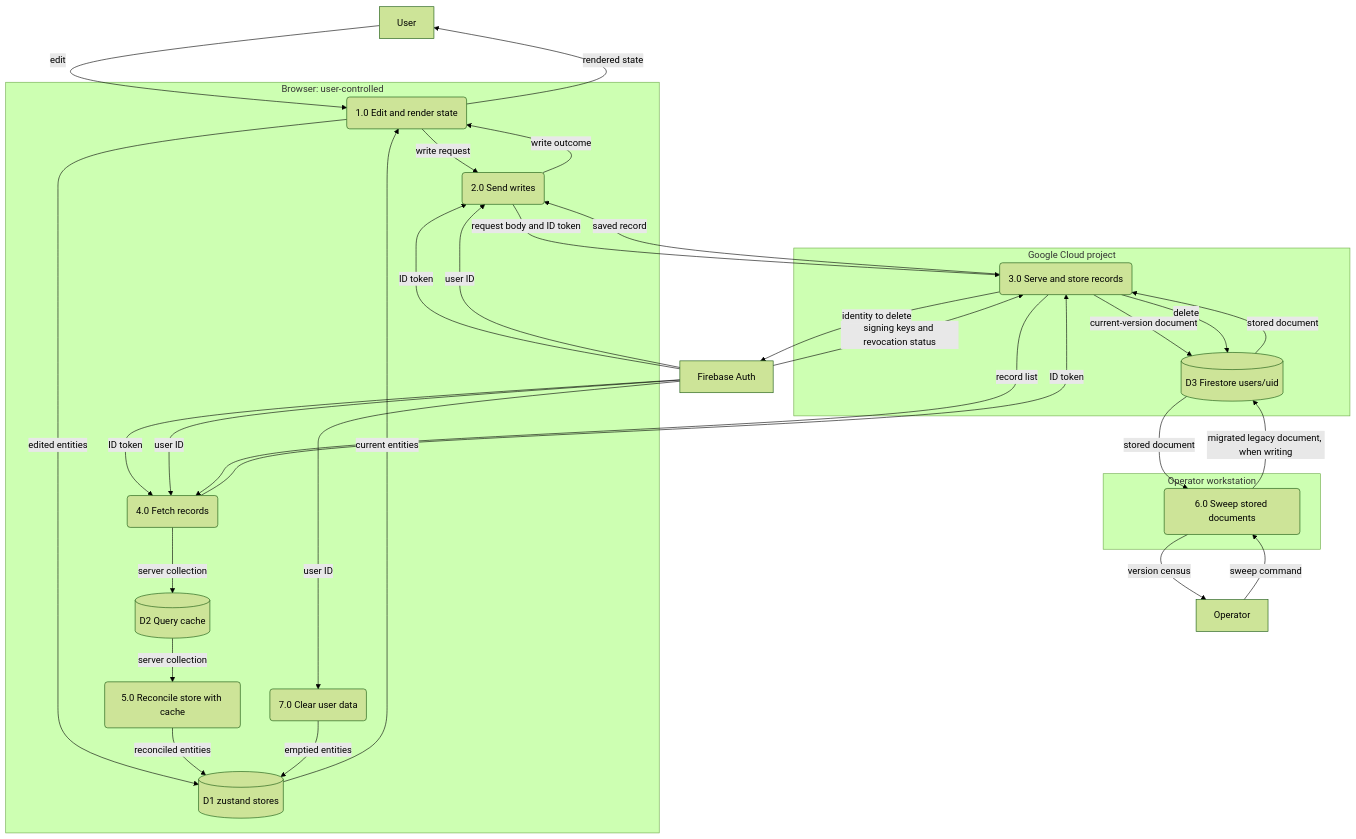
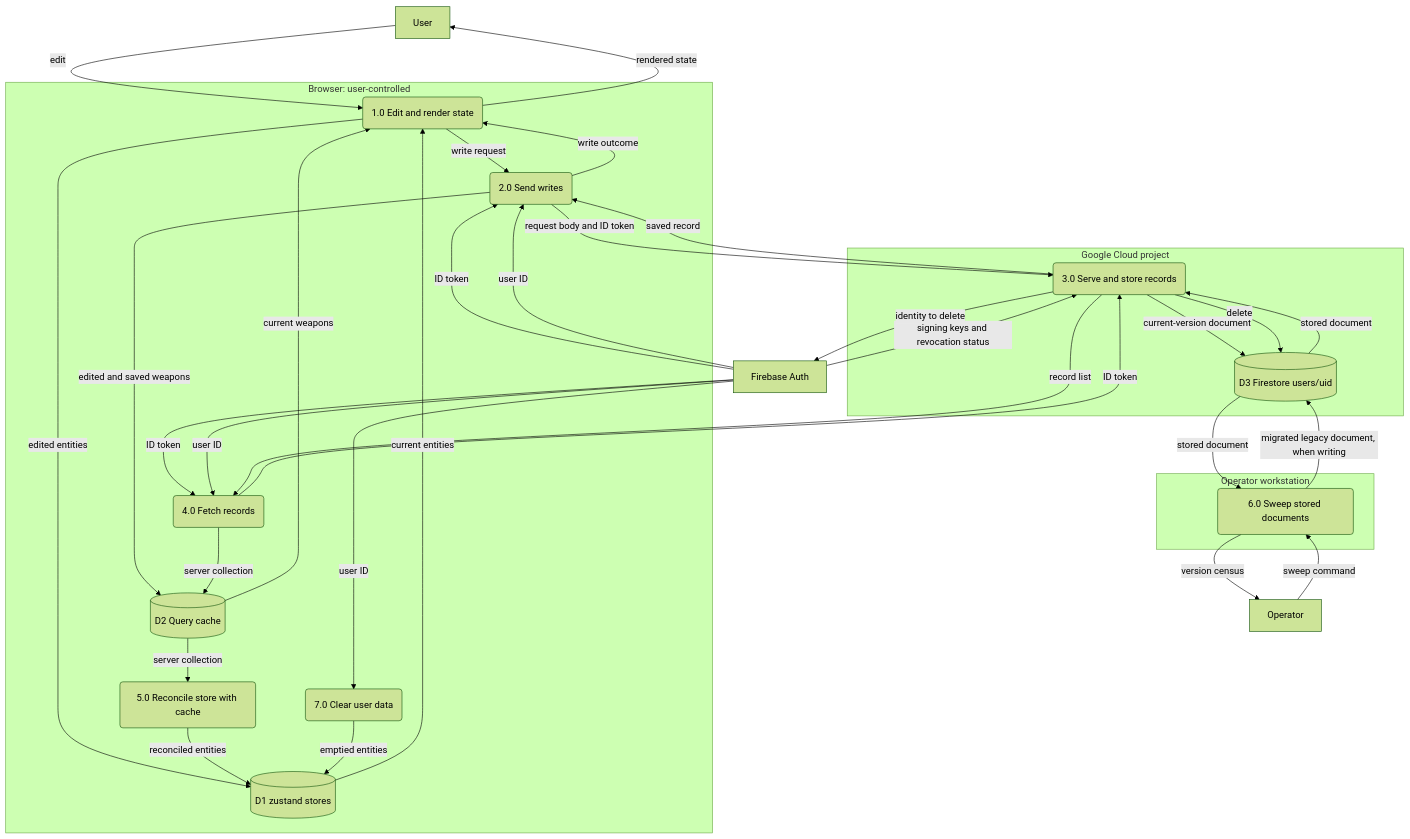
Before and after one commit to dungeon-studio/genshin.dungeon.studio: the second of 2 diagrams in docs/reference/data-flow.md, drawn with Mermaid (forest theme). The commit also changed other lines of this file and 20 other files, not shown here.

First line of the commit message:
refactor(web): keep weapons in the query cache (#2004)

````diff
--- a/docs/reference/data-flow.md
+++ b/docs/reference/data-flow.md
@@ -64,60 +64,62 @@
 ```mermaid
 flowchart TB
   user[User]
   firebaseAuth[Firebase Auth]
   operator[Operator]
 
   subgraph browser[Browser: user-controlled]
     edit(1.0 Edit and render state)
     send(2.0 Send writes)
     fetch(4.0 Fetch records)
     reconcile(5.0 Reconcile store with cache)
     clearUserData(7.0 Clear user data)
     store[(D1 zustand stores)]
     cache[(D2 Query cache)]
   end
 
   subgraph cloud[Google Cloud project]
     serve(3.0 Serve and store records)
     firestore[(D3 Firestore users/uid)]
   end
 
   subgraph workstation[Operator workstation]
     sweep(6.0 Sweep stored documents)
   end
 
   user -->|edit| edit
   edit -->|rendered state| user
   store -->|current entities| edit
   edit -->|edited entities| store
+  cache -->|current weapons| edit
   edit -->|write request| send
 
   firebaseAuth -->|ID token| send
   firebaseAuth -->|user ID| send
   firebaseAuth -->|ID token| fetch
   firebaseAuth -->|user ID| fetch
   send -->|request body and ID token| serve
   fetch -->|ID token| serve
   serve -->|saved record| send
   send -->|write outcome| edit
+  send -->|edited and saved weapons| cache
 
   firebaseAuth -->|signing keys and revocation status| serve
   serve -->|identity to delete| firebaseAuth
   firestore -->|stored document| serve
   serve -->|current-version document| firestore
   serve -->|delete| firestore
 
   serve -->|record list| fetch
   fetch -->|server collection| cache
 
   cache -->|server collection| reconcile
   reconcile -->|reconciled entities| store
 
   firebaseAuth -->|user ID| clearUserData
   clearUserData -->|emptied entities| store
 
   operator -->|sweep command| sweep
   firestore -->|stored document| sweep
   sweep -->|migrated legacy document, when writing| firestore
   sweep -->|version census| operator
 ```
````
